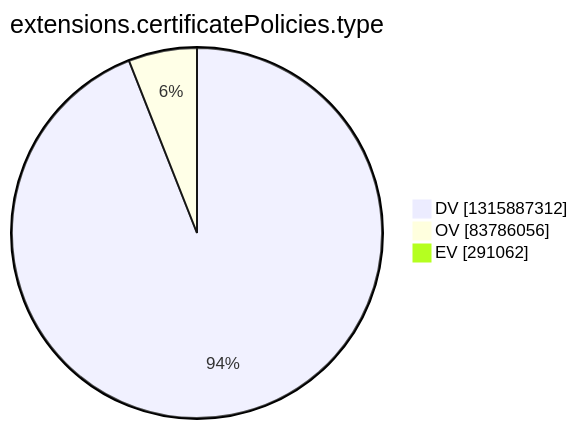
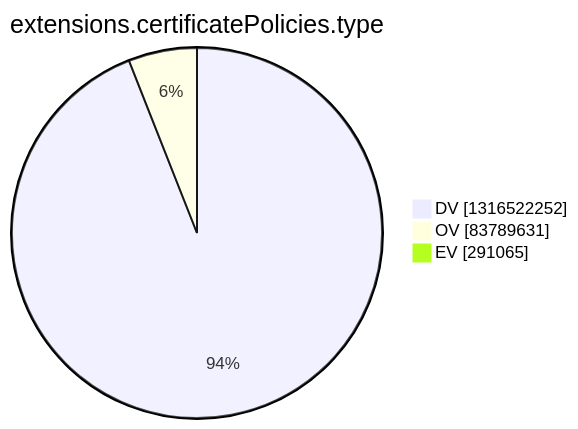
The tenth of 15 diagrams in argon2022/README.md (christiankrug/ctmonitor_visualization), drawn with Mermaid before and after one commit. The commit also changed other lines of this file, not shown here.

````diff
--- a/argon2022/README.md
+++ b/argon2022/README.md
@@ -2772,7 +2772,7 @@
 ```mermaid
 pie showData
 title extensions.certificatePolicies.type
-"DV" :1315887312
-"OV" :83786056
-"EV" :291062
+"DV" :1316522252
+"OV" :83789631
+"EV" :291065
 ```
````
